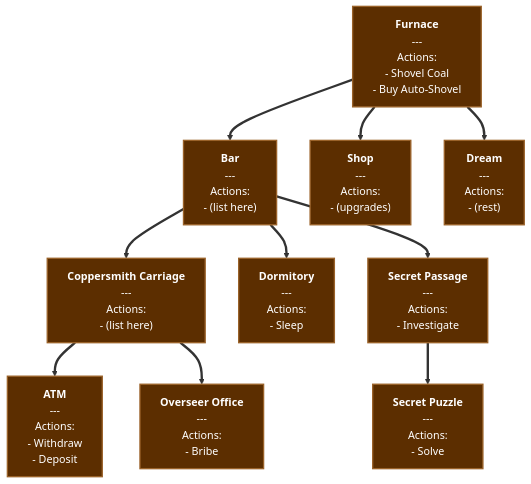
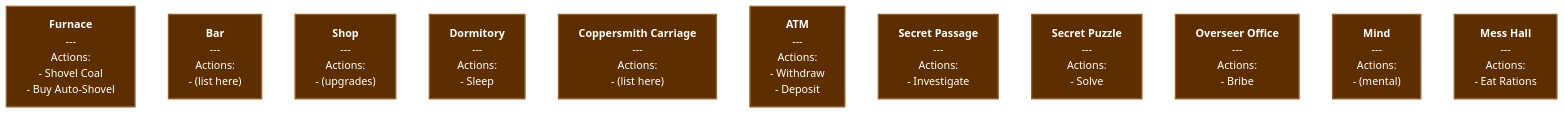
The first of 3 diagrams in .claude/plans/2/2.1-scene-network.md (noahval/GoA), drawn with Mermaid before and after one commit. The commit also changed other lines of this file and 54 other files, not shown here.

````diff
--- a/.claude/plans/2/2.1-scene-network.md
+++ b/.claude/plans/2/2.1-scene-network.md
@@ -40,30 +42,20 @@
 ```mermaid
 graph TB
-    %% See 2.1-scene-network.mmd for the full editable diagram
-    %% This is just a preview - edit the .mmd file instead
+    %% See 2.1-scene-network.mmd for connections - this preview ONLY shows scenes
     %% Actions listed in nodes are for planning reference only - not created in this plan
 
     furnace["<b>Furnace</b><br/>---<br/>Actions:<br/>- Shovel Coal<br/>- Buy Auto-Shovel"]
     bar["<b>Bar</b><br/>---<br/>Actions:<br/>- (list here)"]
     shop["<b>Shop</b><br/>---<br/>Actions:<br/>- (upgrades)"]
-    dream["<b>Dream</b><br/>---<br/>Actions:<br/>- (rest)"]
+    dorm["<b>Dormitory</b><br/>---<br/>Actions:<br/>- Sleep"]
     carriage["<b>Coppersmith Carriage</b><br/>---<br/>Actions:<br/>- (list here)"]
     atm["<b>ATM</b><br/>---<br/>Actions:<br/>- Withdraw<br/>- Deposit"]
-    dorm["<b>Dormitory</b><br/>---<br/>Actions:<br/>- Sleep"]
     secret["<b>Secret Passage</b><br/>---<br/>Actions:<br/>- Investigate"]
     puzzle["<b>Secret Puzzle</b><br/>---<br/>Actions:<br/>- Solve"]
     office["<b>Overseer Office</b><br/>---<br/>Actions:<br/>- Bribe"]
-
-    furnace ==> bar
-    furnace ==> shop
-    furnace ==> dream
-    bar ==> carriage
-    bar ==> dorm
-    bar ==> secret
-    carriage ==> atm
-    carriage ==> office
-    secret ==> puzzle
+    mind["<b>Mind</b><br/>---<br/>Actions:<br/>- (mental)"]
+    mess["<b>Mess Hall</b><br/>---<br/>Actions:<br/>- Eat Rations"]
 
     classDef copperScene fill:#5c2e00,stroke:#9a6229,stroke-width:2px,color:#fff
-    class furnace,bar,shop,dream,carriage,atm,dorm,secret,puzzle,office copperScene
+    class furnace,bar,shop,dorm,carriage,atm,secret,puzzle,office,mind,mess copperScene
 ```
````
